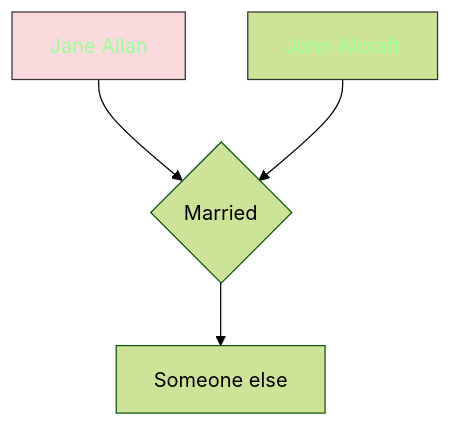
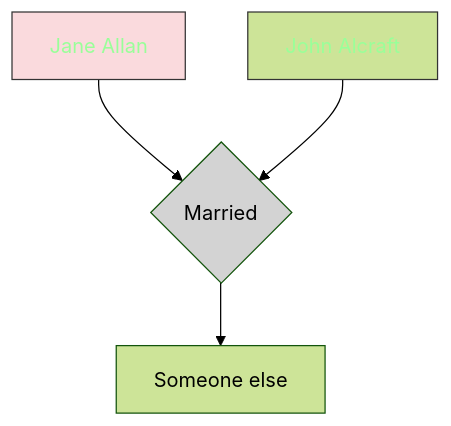
One commit to RachelAlcraft/family-tree changed the diagram in docs/index.md. Above: the diagram before and after it, drawn with Mermaid (forest theme).

````diff
--- a/docs/index.md
+++ b/docs/index.md
@@ -6,10 +6,12 @@
 ``` mermaid
 flowchart TD  
   JA1[Jane Allan] --> JAJA{Married};
   JA2[John Alcraft] --> JAJA{Married};
   JAJA -->D[Someone else];  
   style JA1 fill:#FADADD,stroke:#333,stroke-width:1px,color:#99ff99
   click JA1 "jones.md" "JA1"
   style JA2 fill:##90d5ff,stroke:#333,stroke-width:1px,color:#99ff99
   click JA2 "jones.md" "JA2"
+  style JAJA fill:#D3D3D3
+
 ```
````
